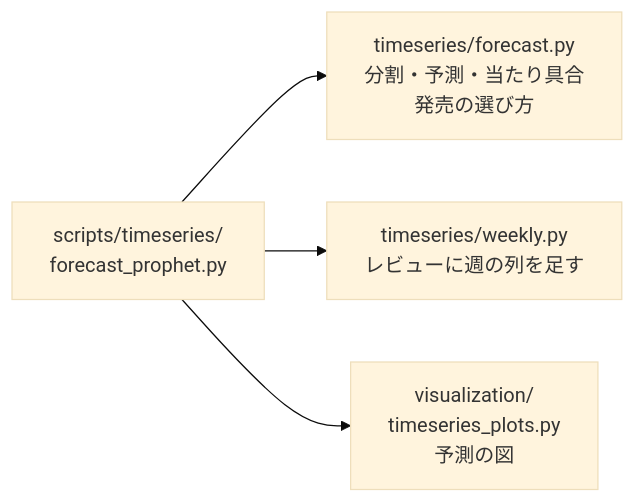
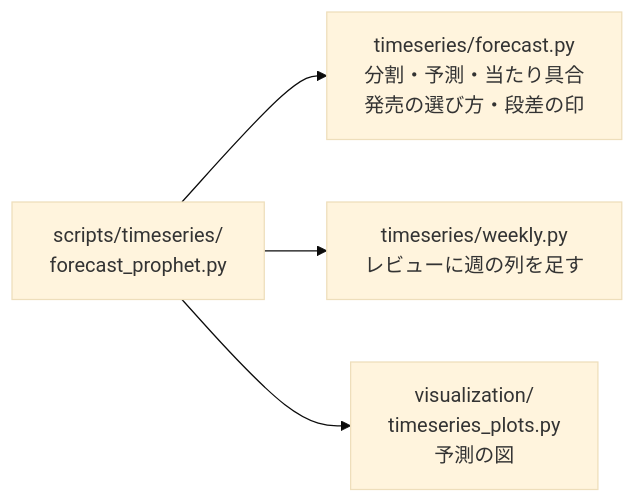
One commit to rindguitar/game-demand-forecast changed the fifth of 5 diagrams in src/README.md. Above: the diagram before and after it, drawn with Mermaid (base theme). The commit also changed other lines of this file and 8 other files, not shown here.

````diff
--- a/src/README.md
+++ b/src/README.md
@@ -92,6 +92,6 @@
 ```mermaid
 flowchart LR
-    FP["scripts/timeseries/<br/>forecast_prophet.py"] --> FC["timeseries/forecast.py<br/>分割・予測・当たり具合<br/>発売の選び方"]
+    FP["scripts/timeseries/<br/>forecast_prophet.py"] --> FC["timeseries/forecast.py<br/>分割・予測・当たり具合<br/>発売の選び方・段差の印"]
     FP --> WK["timeseries/weekly.py<br/>レビューに週の列を足す"]
     FP --> TP["visualization/<br/>timeseries_plots.py<br/>予測の図"]
 ```
````
